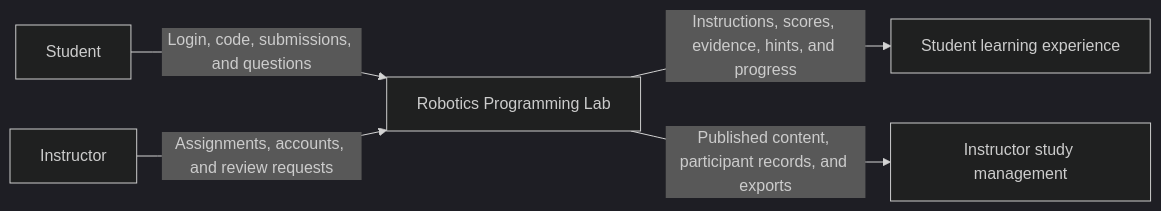
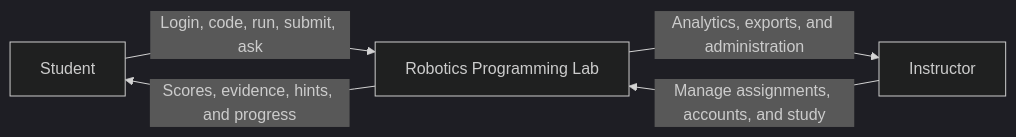
Before and after one commit to CS-Ponkoj/Robotics-Programming-Lab-Live: the first of 2 diagrams in README.md, drawn with Mermaid (dark theme). The commit also changed other lines of this file and 39 other files, not shown here.

````diff
--- a/README.md
+++ b/README.md
@@ -56,7 +149,7 @@
 ```mermaid
 flowchart LR
-    Student[Student] -->|Login, code, submissions, and questions| System[Robotics Programming Lab]
-    Instructor[Instructor] -->|Assignments, accounts, and review requests| System
-    System -->|Instructions, scores, evidence, hints, and progress| StudentResult[Student learning experience]
-    System -->|Published content, participant records, and exports| InstructorResult[Instructor study management]
+    Student[Student] -->|Login, code, run, submit, ask| Lab[Robotics Programming Lab]
+    Instructor[Instructor] -->|Manage assignments, accounts, and study| Lab
+    Lab -->|Scores, evidence, hints, and progress| Student
+    Lab -->|Analytics, exports, and administration| Instructor
 ```
````
